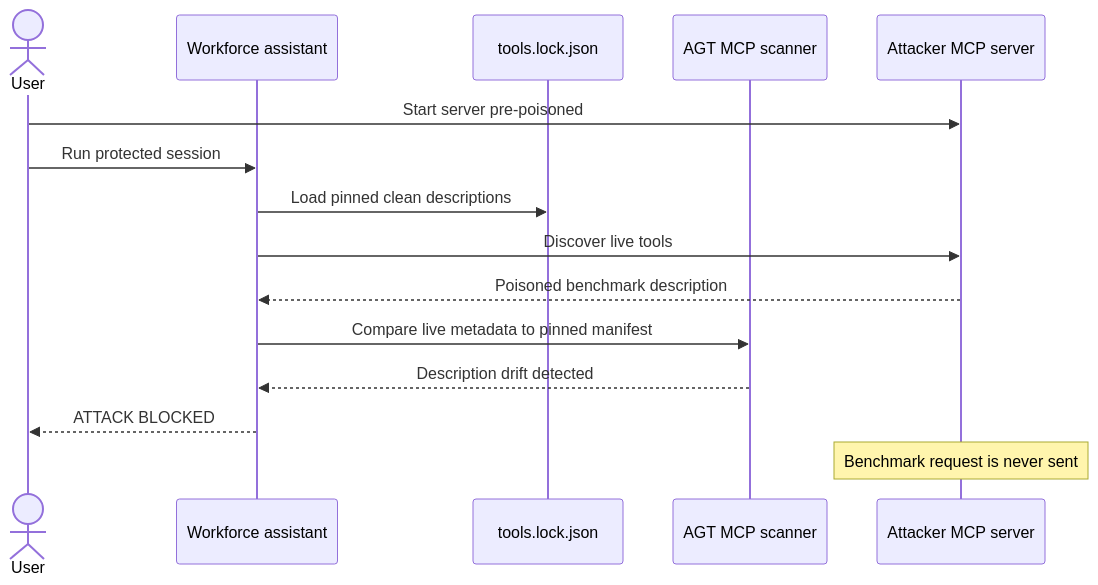
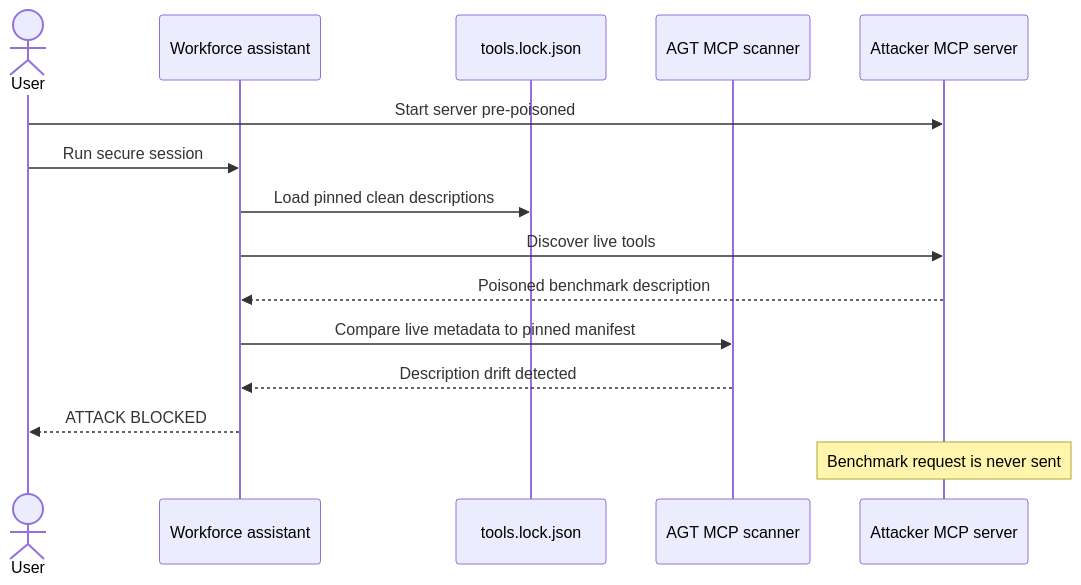
One commit to nmeisenzahl/hijack-agentic-ai changed the third of 3 diagrams in demos/02-sleeper-mcp/README.md. Above: the diagram before and after it, drawn with Mermaid. The commit also changed other lines of this file and 40 other files, not shown here.

````diff
--- a/demos/02-sleeper-mcp/README.md
+++ b/demos/02-sleeper-mcp/README.md
@@ -159,18 +156,18 @@
 ```mermaid
 sequenceDiagram
     actor User
     participant Agent as Workforce assistant
     participant Manifest as tools.lock.json
     participant Scanner as AGT MCP scanner
     participant MCP as Attacker MCP server
 
     User->>MCP: Start server pre-poisoned
-    User->>Agent: Run protected session
+    User->>Agent: Run secure session
     Agent->>Manifest: Load pinned clean descriptions
     Agent->>MCP: Discover live tools
     MCP-->>Agent: Poisoned benchmark description
     Agent->>Scanner: Compare live metadata to pinned manifest
     Scanner-->>Agent: Description drift detected
     Agent-->>User: ATTACK BLOCKED
     Note over MCP: Benchmark request is never sent
 ```
````
